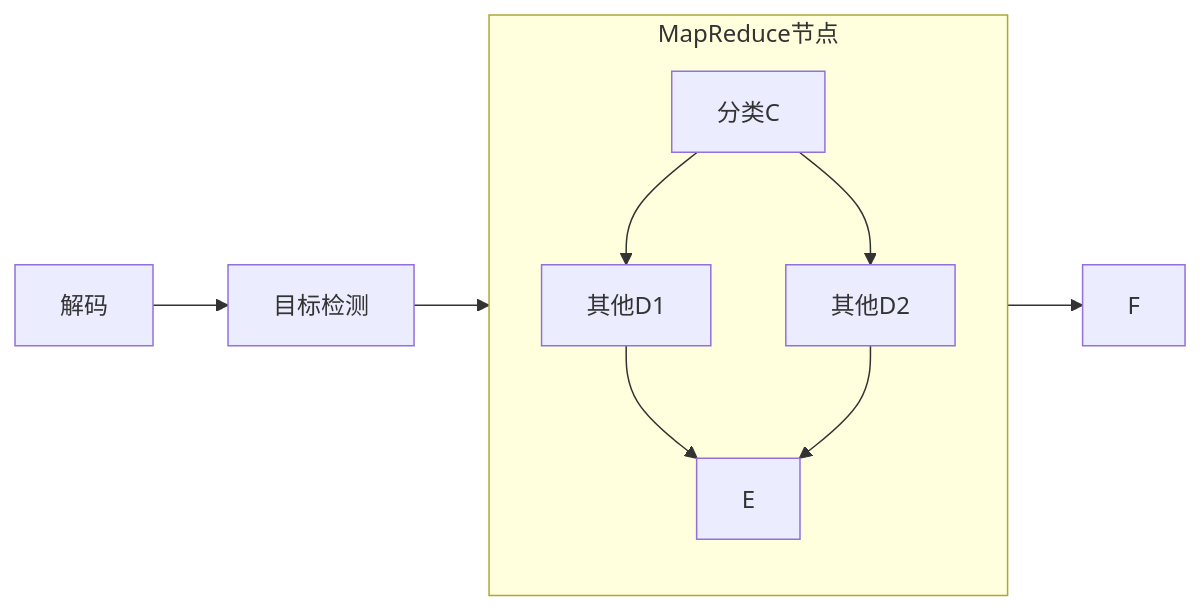
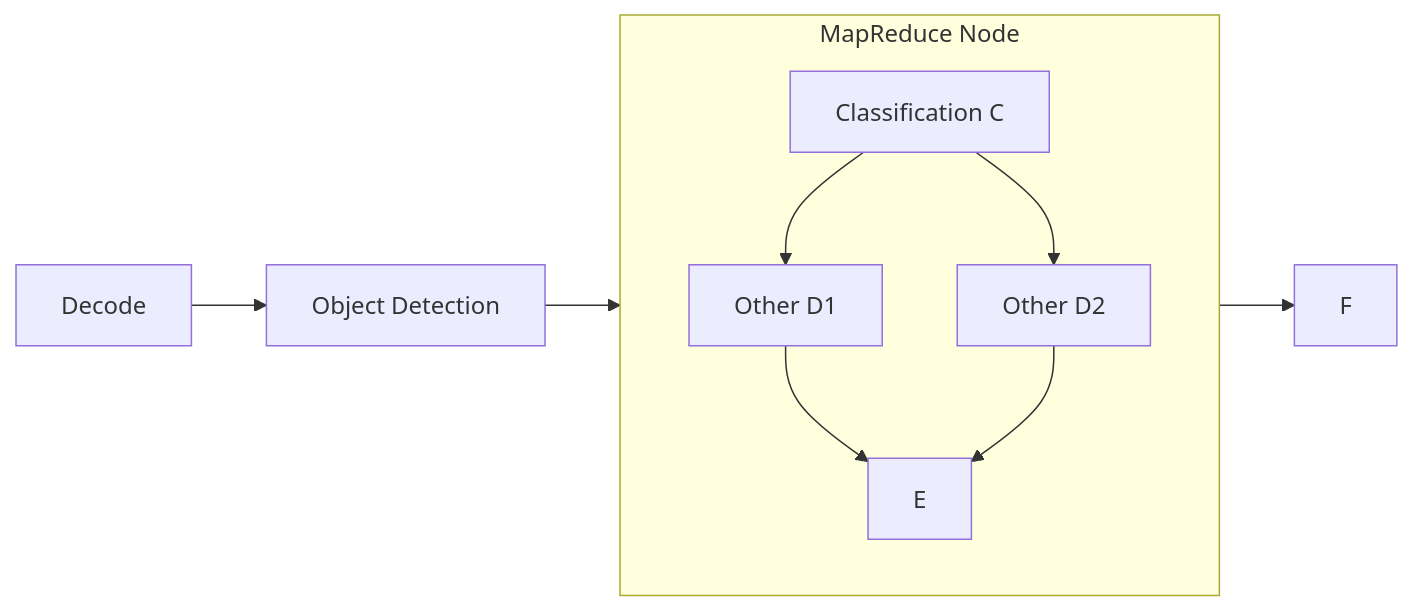
Before and after one commit to torchpipe/torchpipe.github.io: the fourth of 5 diagrams in docs/Inter-node/graphtraversal.mdx, drawn with Mermaid. The commit also changed other lines of this file and 3 other files, not shown here.

````diff
--- a/docs/Inter-node/graphtraversal.mdx
+++ b/docs/Inter-node/graphtraversal.mdx
@@ -57,19 +61,18 @@
 ```mermaid 
 flowchart LR
-    A[解码] --> B[目标检测]
+    A[Decode] --> B[Object Detection]
     B --> MapReduce
     MapReduce --> F
 
    
 
-    subgraph MapReduce [MapReduce节点]
-    C[分类C] --> D1[其他D1]
-    C[分类C] --> D2[其他D2]
+    subgraph MapReduce [MapReduce Node]
+    C[Classification C] --> D1[Other D1]
+    C[Classification C] --> D2[Other D2]
     D1 --> E
     D2 --> E
     end
 
-   
 
     
 ```
````
